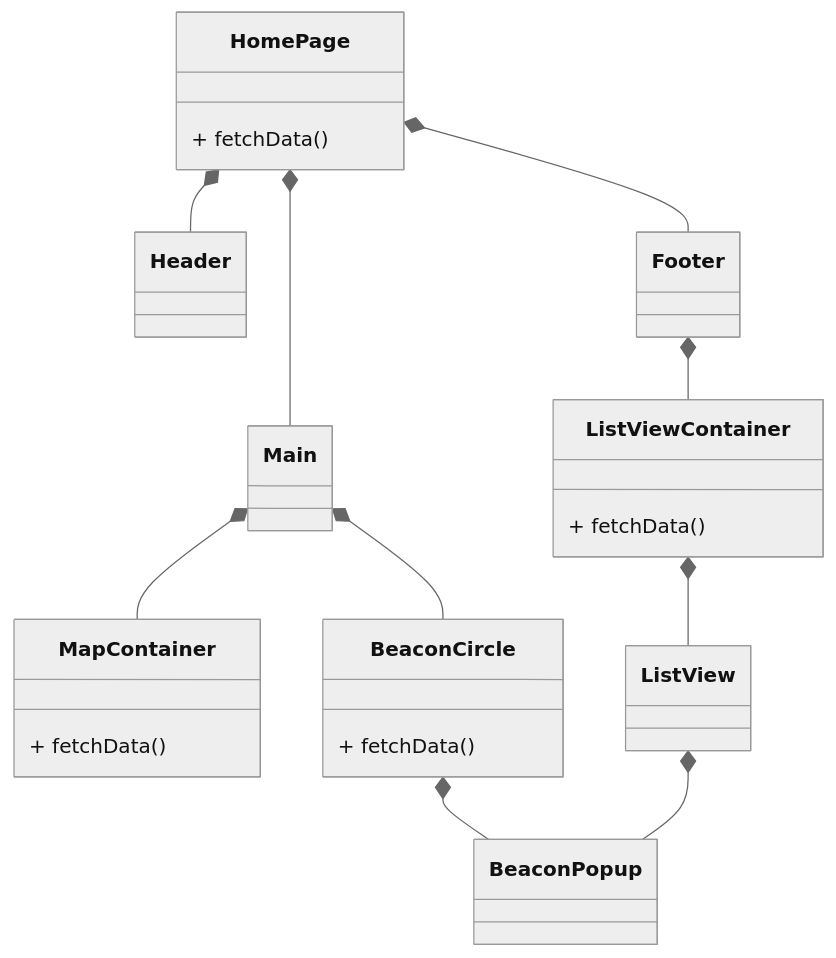
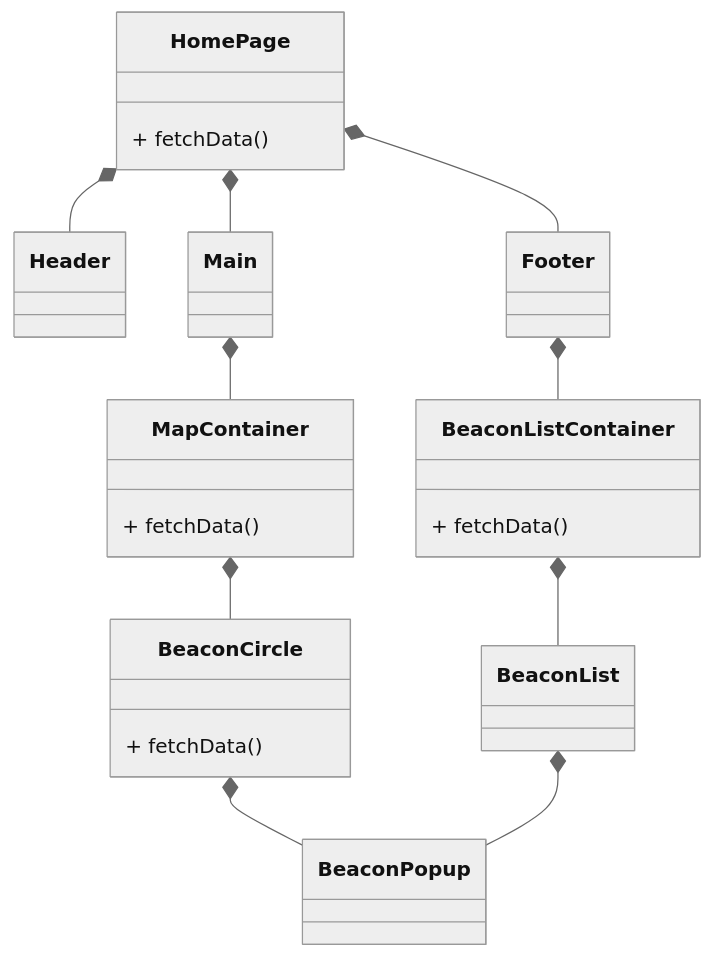
Before and after one commit to jenniferlieu/project-lomo-in-person-gaming-app: the second of 7 diagrams in documentation/docs/system-architecture/classdiagrams.md, drawn with Mermaid (neutral theme). The commit also changed other lines of this file and 1 other file, not shown here.

Commit message:
Finalize backend class diagram

````diff
--- a/documentation/docs/system-architecture/classdiagrams.md
+++ b/documentation/docs/system-architecture/classdiagrams.md
@@ -116,24 +117,24 @@
 ```mermaid
 classDiagram
     HomePage *-- Header
     HomePage *-- Main
     HomePage *-- Footer
     Main *-- MapContainer
-    Main *-- BeaconCircle
+    MapContainer *-- BeaconCircle
     BeaconCircle *-- BeaconPopup
-    Footer *-- ListViewContainer
-    ListViewContainer *-- ListView
-    ListView *-- BeaconPopup
+    Footer *-- BeaconListContainer
+    BeaconListContainer *-- BeaconList
+    BeaconList *-- BeaconPopup
     class HomePage{
         + fetchData()
     }
     class MapContainer{
         + fetchData()
     }
     class BeaconCircle{
         + fetchData()
     }
-    class ListViewContainer{
+    class BeaconListContainer{
         + fetchData()
     }
 ```
````
